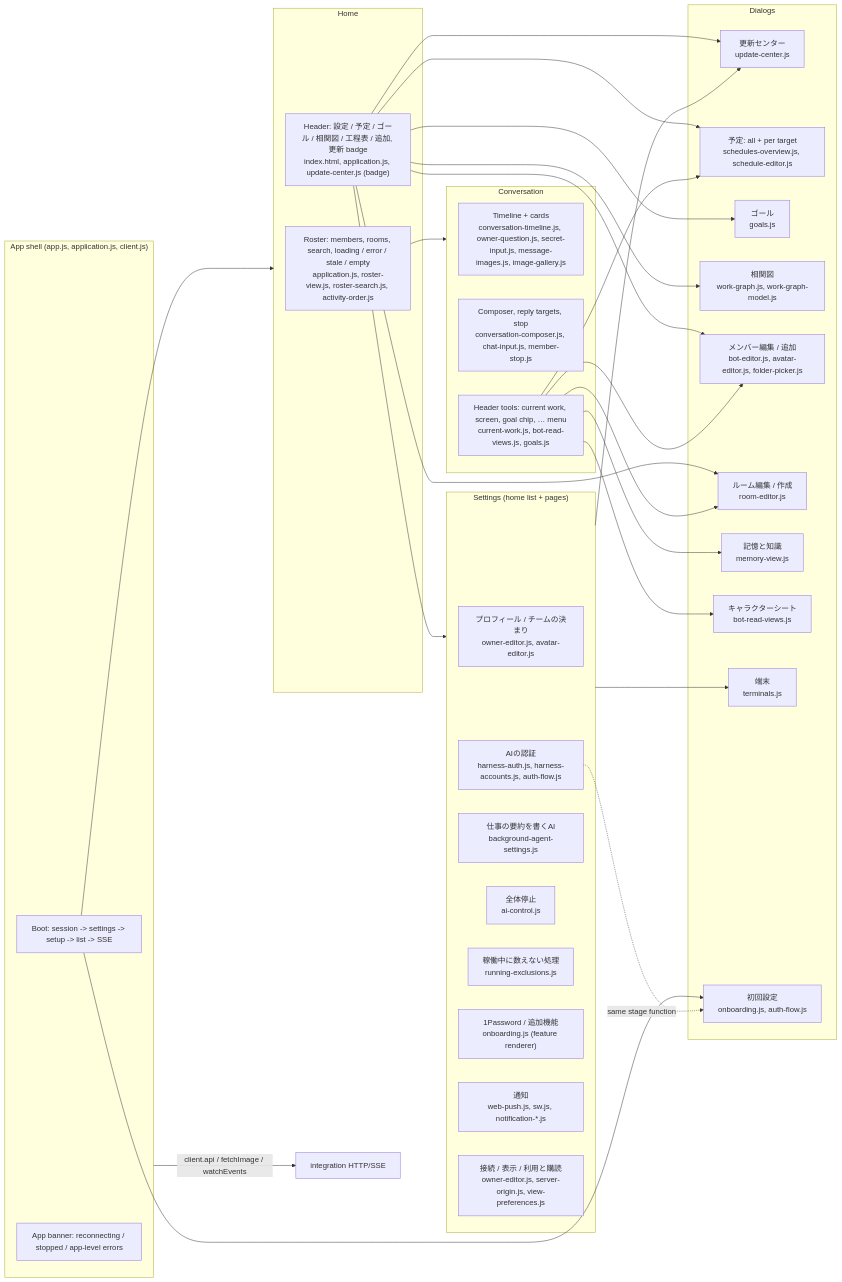
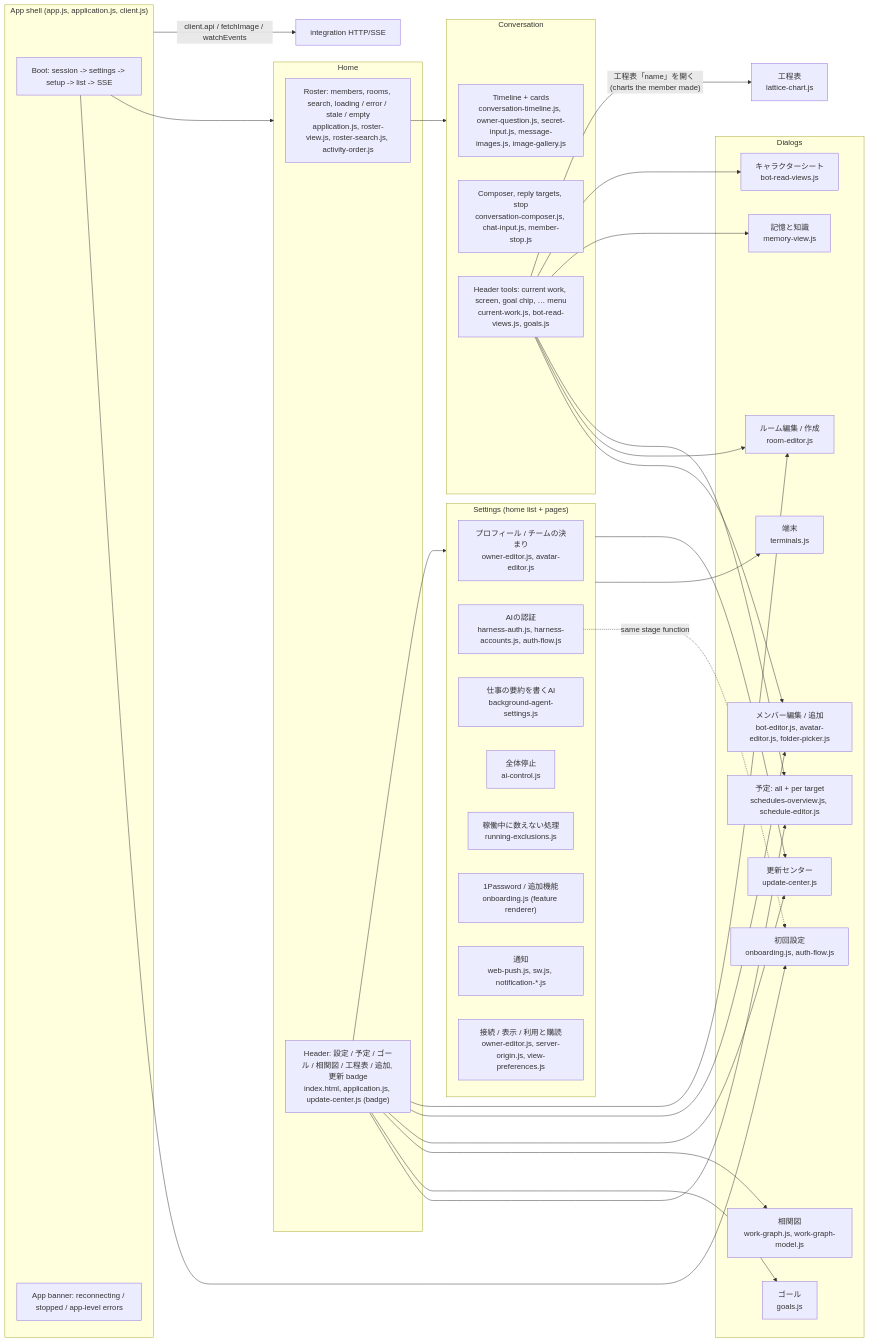
Before and after one commit to kitepon/BellTeam: the diagram in docs/architecture/modules/web/user-functions.md, drawn with Mermaid. The commit also changed other lines of this file and 7 other files, not shown here.

First line of the commit message:
Web 工程表: top-left すべての工程表, member chart links in the chat menu (a90 a94)

````diff
--- a/docs/architecture/modules/web/user-functions.md
+++ b/docs/architecture/modules/web/user-functions.md
@@ -5,57 +5,58 @@
 ```mermaid
 flowchart LR
   subgraph Shell["App shell (app.js, application.js, client.js)"]
     Boot["Boot: session -> settings -> setup -> list -> SSE"]
     Banner["App banner: reconnecting / stopped / app-level errors"]
   end
   subgraph Home["Home"]
     Roster["Roster: members, rooms, search, loading / error / stale / empty<br/>application.js, roster-view.js, roster-search.js, activity-order.js"]
     Header["Header: 設定 / 予定 / ゴール / 相関図 / 工程表 / 追加, 更新 badge<br/>index.html, application.js, update-center.js (badge)"]
   end
   subgraph Chat["Conversation"]
     Timeline["Timeline + cards<br/>conversation-timeline.js, owner-question.js, secret-input.js, message-images.js, image-gallery.js"]
     Composer["Composer, reply targets, stop<br/>conversation-composer.js, chat-input.js, member-stop.js"]
     ChatTools["Header tools: current work, screen, goal chip, … menu<br/>current-work.js, bot-read-views.js, goals.js"]
   end
   subgraph Settings["Settings (home list + pages)"]
     SProfile["プロフィール / チームの決まり<br/>owner-editor.js, avatar-editor.js"]
     SAI["AIの認証<br/>harness-auth.js, harness-accounts.js, auth-flow.js"]
     SSum["仕事の要約を書くAI<br/>background-agent-settings.js"]
     SStop["全体停止<br/>ai-control.js"]
     SExcl["稼働中に数えない処理<br/>running-exclusions.js"]
     SFeat["1Password / 追加機能<br/>onboarding.js (feature renderer)"]
     SNotif["通知<br/>web-push.js, sw.js, notification-*.js"]
     SConn["接続 / 表示 / 利用と購読<br/>owner-editor.js, server-origin.js, view-preferences.js"]
   end
   subgraph Dialogs["Dialogs"]
     Upd["更新センター<br/>update-center.js"]
     Sched["予定: all + per target<br/>schedules-overview.js, schedule-editor.js"]
     Goals["ゴール<br/>goals.js"]
     Graph["相関図<br/>work-graph.js, work-graph-model.js"]
     Member["メンバー編集 / 追加<br/>bot-editor.js, avatar-editor.js, folder-picker.js"]
     Room["ルーム編集 / 作成<br/>room-editor.js"]
     Memory["記憶と知識<br/>memory-view.js"]
     Sheet["キャラクターシート<br/>bot-read-views.js"]
     Term["端末<br/>terminals.js"]
     Onb["初回設定<br/>onboarding.js, auth-flow.js"]
   end
   Boot --> Home
   Boot --> Onb
   Header --> Settings
   Header --> Sched
   Header --> Goals
   Header --> Graph
   Header --> Upd
   Header --> Member
   Header --> Room
   Roster --> Chat
   ChatTools --> Member
   ChatTools --> Room
   ChatTools --> Sched
   ChatTools --> Memory
   ChatTools --> Sheet
+  ChatTools -->|"工程表「name」を開く (charts the member made)"| Lattice["工程表<br/>lattice-chart.js"]
   SAI -.same stage function.-> Onb
   Settings --> Term
   Settings --> Upd
   Shell -->|"client.api / fetchImage / watchEvents"| HTTP["integration HTTP/SSE"]
 ```
````
